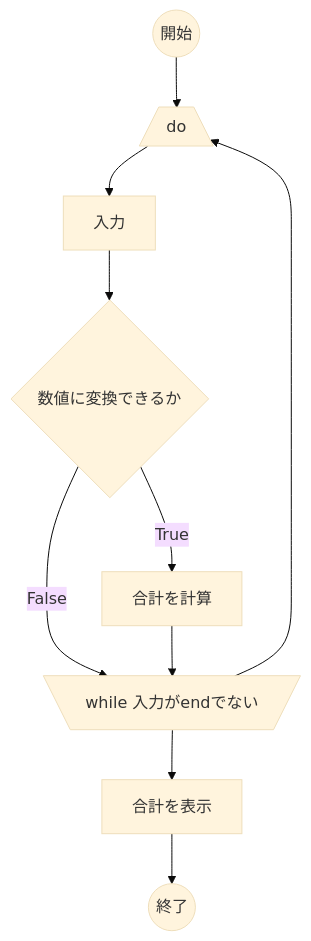
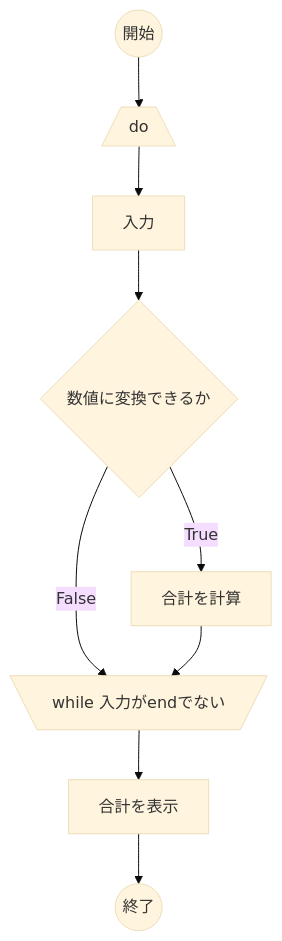
Before and after one commit to 2023-new-graduate-takadanobaba/yamada: the diagram in 003_足し算.md, drawn with Mermaid (base theme). The commit also changed other lines of this file, not shown here.

````diff
--- a/003_足し算.md
+++ b/003_足し算.md
@@ -99,12 +99,11 @@
 ```mermaid
 flowchart TB;
   A(("開始")) --> B[/do\];
   B --> C["入力"];
   C --> D{"数値に変換できるか"};
   D --True--> E["合計を計算"];
   D --False--> F[\while 入力がendでない/];
   E --> F;
-  F --> B;
   F --> G["合計を表示"];
   G --> Z(("終了"));
 ```
````
